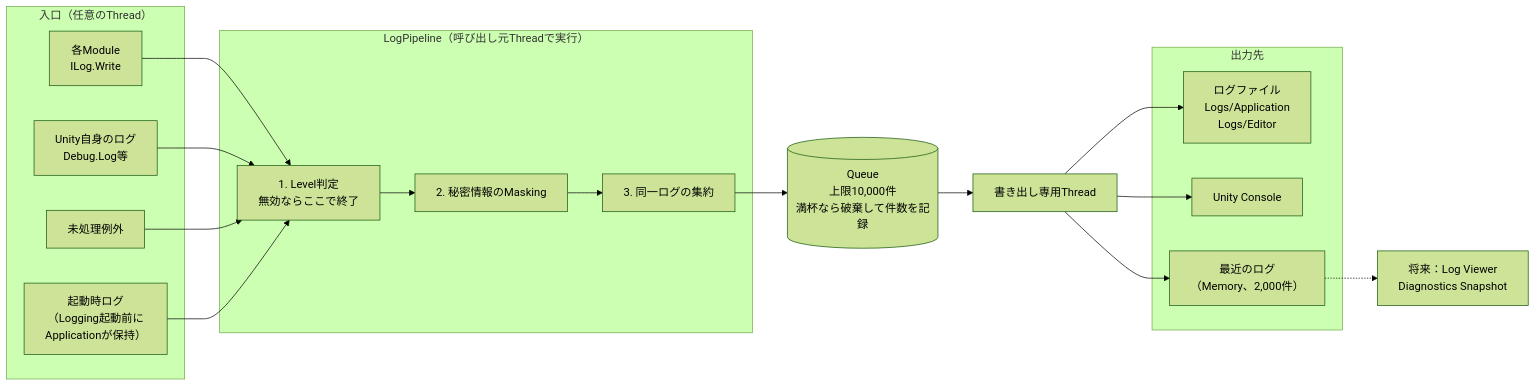
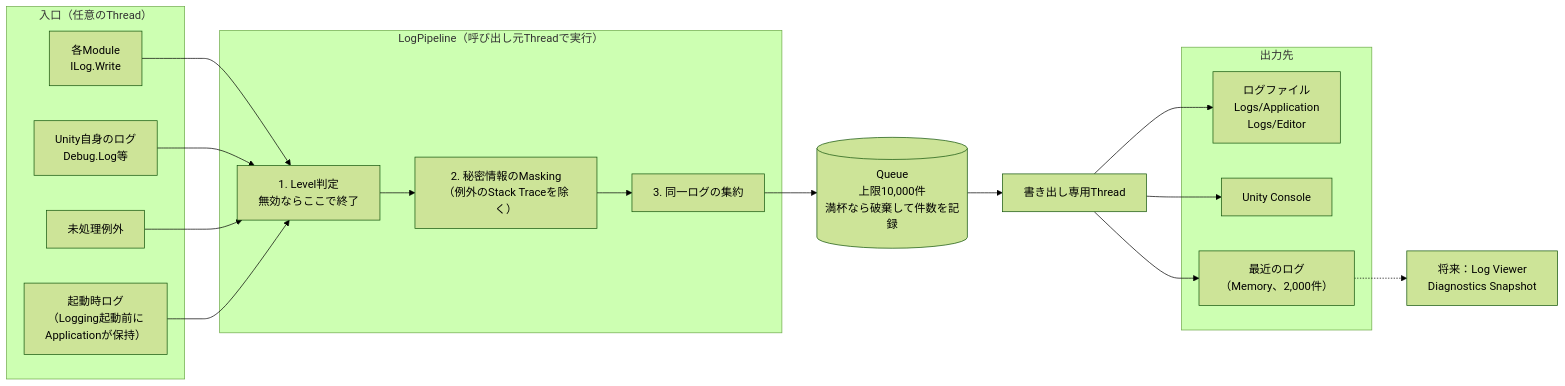
Before and after one commit to Yupopyoi/virtual-vessel-studio: the first of 4 diagrams in docs/ja/detailed-design/diagnostics-logging.md, drawn with Mermaid (forest theme). The commit also changed other lines of this file and 1 other file, not shown here.

````diff
--- a/docs/ja/detailed-design/diagnostics-logging.md
+++ b/docs/ja/detailed-design/diagnostics-logging.md
@@ -35,38 +35,38 @@
 ```mermaid
 flowchart LR
     subgraph Sources["入口（任意のThread）"]
         Modules["各Module<br/>ILog.Write"]
         UnityLogs["Unity自身のログ<br/>Debug.Log等"]
         Unhandled["未処理例外"]
         Early["起動時ログ<br/>（Logging起動前に<br/>Applicationが保持）"]
     end
 
     subgraph Pipeline["LogPipeline（呼び出し元Threadで実行）"]
         Level["1. Level判定<br/>無効ならここで終了"]
-        Mask["2. 秘密情報のMasking"]
+        Mask["2. 秘密情報のMasking<br/>（例外のStack Traceを除く）"]
         Repeat["3. 同一ログの集約"]
     end
 
     Queue[("Queue<br/>上限10,000件<br/>満杯なら破棄して件数を記録")]
 
     Writer["書き出し専用Thread"]
 
     subgraph Sinks["出力先"]
         File["ログファイル<br/>Logs/Application<br/>Logs/Editor"]
         Console["Unity Console"]
         Recent["最近のログ<br/>（Memory、2,000件）"]
     end
 
     Viewer["将来：Log Viewer<br/>Diagnostics Snapshot"]
 
     Modules --> Level
     UnityLogs --> Level
     Unhandled --> Level
     Early --> Level
     Level --> Mask --> Repeat --> Queue
     Queue --> Writer
     Writer --> File
     Writer --> Console
     Writer --> Recent
     Recent -.-> Viewer
 ```
````
